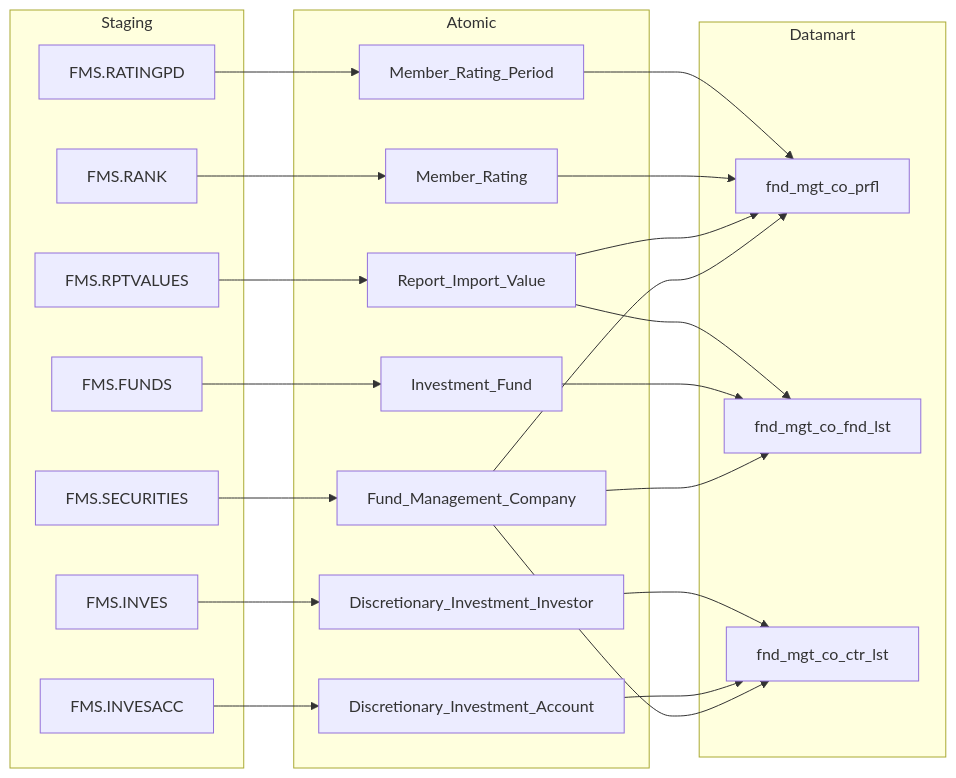
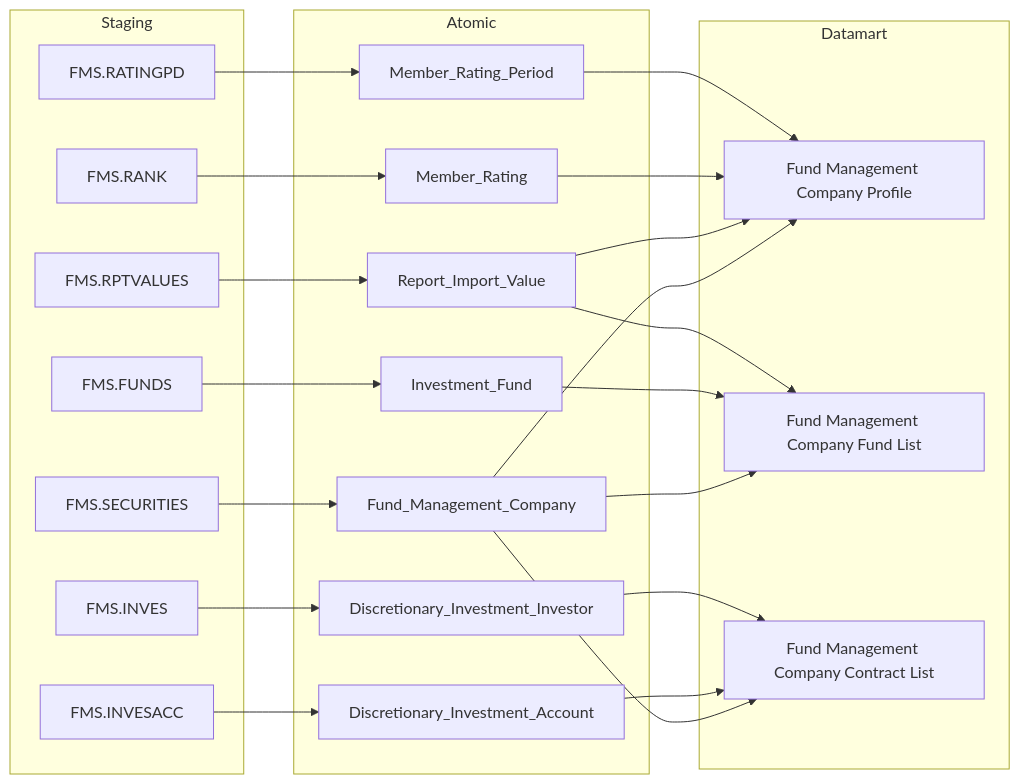
One commit to linhlvit/ubck_atomic_design changed the third of 9 diagrams in docs/output/datamart/FMS/DTM_FMS_PTTK.md. Above: the diagram before and after it, drawn with Mermaid. The commit also changed other lines of this file and 2 other files, not shown here.

````diff
--- a/docs/output/datamart/FMS/DTM_FMS_PTTK.md
+++ b/docs/output/datamart/FMS/DTM_FMS_PTTK.md
@@ -124,43 +124,43 @@
 ```mermaid
 flowchart LR
   subgraph Staging
     FMS_SECURITIES["FMS.SECURITIES"]
     FMS_FUNDS["FMS.FUNDS"]
     FMS_RPTVALUES["FMS.RPTVALUES"]
     FMS_RANK["FMS.RANK"]
     FMS_RATINGPD["FMS.RATINGPD"]
     FMS_INVESACC["FMS.INVESACC"]
     FMS_INVES["FMS.INVES"]
   end
   subgraph Atomic
     Fund_Management_Company
     Investment_Fund
     Report_Import_Value
     Member_Rating
     Member_Rating_Period
     Discretionary_Investment_Account
     Discretionary_Investment_Investor
   end
   subgraph Datamart
-    fnd_mgt_co_prfl
-    fnd_mgt_co_fnd_lst
-    fnd_mgt_co_ctr_lst
+    fnd_mgt_co_prfl["Fund Management Company Profile"]
+    fnd_mgt_co_fnd_lst["Fund Management Company Fund List"]
+    fnd_mgt_co_ctr_lst["Fund Management Company Contract List"]
   end
   FMS_SECURITIES --> Fund_Management_Company
   FMS_FUNDS --> Investment_Fund
   FMS_RPTVALUES --> Report_Import_Value
   FMS_RANK --> Member_Rating
   FMS_RATINGPD --> Member_Rating_Period
   FMS_INVESACC --> Discretionary_Investment_Account
   FMS_INVES --> Discretionary_Investment_Investor
   Fund_Management_Company --> fnd_mgt_co_prfl
   Report_Import_Value --> fnd_mgt_co_prfl
   Member_Rating --> fnd_mgt_co_prfl
   Member_Rating_Period --> fnd_mgt_co_prfl
   Fund_Management_Company --> fnd_mgt_co_fnd_lst
   Investment_Fund --> fnd_mgt_co_fnd_lst
   Report_Import_Value --> fnd_mgt_co_fnd_lst
   Fund_Management_Company --> fnd_mgt_co_ctr_lst
   Discretionary_Investment_Account --> fnd_mgt_co_ctr_lst
   Discretionary_Investment_Investor --> fnd_mgt_co_ctr_lst
 ```
````
